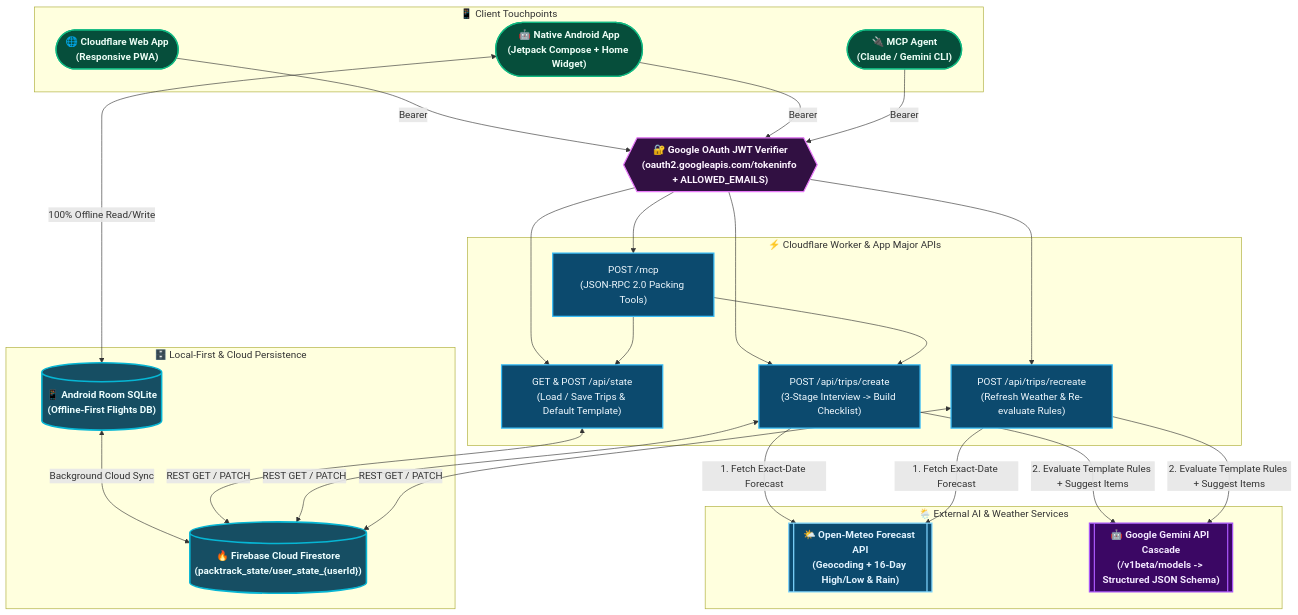
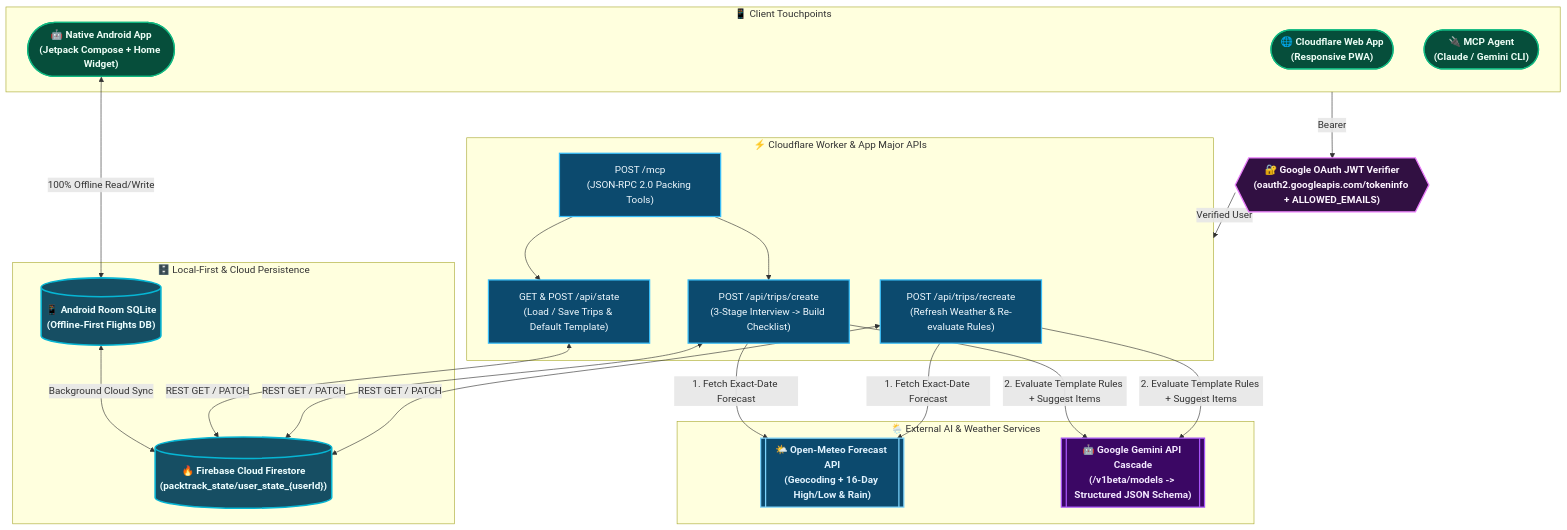
One commit to madhavsankar/PackTrack changed the second of 2 diagrams in README.md. Above: the diagram before and after it, drawn with Mermaid.

Commit message:
Simplify HLD Mermaid routing via subgraphs while preserving all links

````diff
--- a/README.md
+++ b/README.md
@@ -62,46 +62,44 @@
 ```mermaid
 flowchart TB
     classDef client fill:#064e3b,stroke:#10b981,stroke-width:2px,color:#ecfdf5,font-weight:bold
     classDef gate fill:#311042,stroke:#e879f9,stroke-width:2px,color:#fdf4ff,font-weight:bold
     classDef api fill:#0c4a6e,stroke:#38bdf8,stroke-width:2px,color:#f0f9ff
     classDef ext fill:#3b0764,stroke:#a855f7,stroke-width:2px,color:#f3e8ff,font-weight:bold
     classDef weather fill:#0c4a6e,stroke:#7dd3fc,stroke-width:2px,color:#e0f2fe,font-weight:bold
     classDef db fill:#164e63,stroke:#06b6d4,stroke-width:2.5px,color:#ecfeff,font-weight:bold
 
     subgraph Touchpoints["📱 Client Touchpoints"]
         WebPWA(["🌐 Cloudflare Web App\n(Responsive PWA)"]):::client
         Android(["🤖 Native Android App\n(Jetpack Compose + Home Widget)"]):::client
         McpClient(["🔌 MCP Agent\n(Claude / Gemini CLI)"]):::client
     end
 
     AuthGate{{"🔐 Google OAuth JWT Verifier\n(oauth2.googleapis.com/tokeninfo + ALLOWED_EMAILS)"}}:::gate
 
     subgraph MajorAPIs["⚡ Cloudflare Worker & App Major APIs"]
         StateAPI["GET & POST /api/state\n(Load / Save Trips & Default Template)"]:::api
         CreateAPI["POST /api/trips/create\n(3-Stage Interview -> Build Checklist)"]:::api
         RecreateAPI["POST /api/trips/recreate\n(Refresh Weather & Re-evaluate Rules)"]:::api
         McpAPI["POST /mcp\n(JSON-RPC 2.0 Packing Tools)"]:::api
+        McpAPI --> CreateAPI & StateAPI
     end
 
     subgraph ExternalServices["🌦️ External AI & Weather Services"]
         OpenMeteo[["🌤️ Open-Meteo Forecast API\n(Geocoding + 16-Day High/Low & Rain)"]]:::weather
         GeminiCascade[["🤖 Google Gemini API Cascade\n(/v1beta/models -> Structured JSON Schema)"]]:::ext
     end
 
     subgraph Storage["🗄️ Local-First & Cloud Persistence"]
         RoomDB[("📱 Android Room SQLite\n(Offline-First Flights DB)")]:::db
         FirestoreDB[("🔥 Firebase Cloud Firestore\n(packtrack_state/user_state_{userId})")]:::db
+        RoomDB <-->|"Background Cloud Sync"| FirestoreDB
     end
 
+    Touchpoints -->|"Bearer <Google_ID_Token>"| AuthGate
+    AuthGate -->|"Verified User"| MajorAPIs
+
     Android <-->|"100% Offline Read/Write"| RoomDB
-    RoomDB <-->|"Background Cloud Sync"| FirestoreDB
-
-    WebPWA & Android & McpClient -->|"Bearer <Google_ID_Token>"| AuthGate
-    AuthGate --> StateAPI & CreateAPI & RecreateAPI & McpAPI
-
     CreateAPI & RecreateAPI -->|"1. Fetch Exact-Date Forecast"| OpenMeteo
     CreateAPI & RecreateAPI -->|"2. Evaluate Template Rules + Suggest Items"| GeminiCascade
-    McpAPI --> CreateAPI & StateAPI
-
     StateAPI & CreateAPI & RecreateAPI <-->|"REST GET / PATCH"| FirestoreDB
 ```
````
